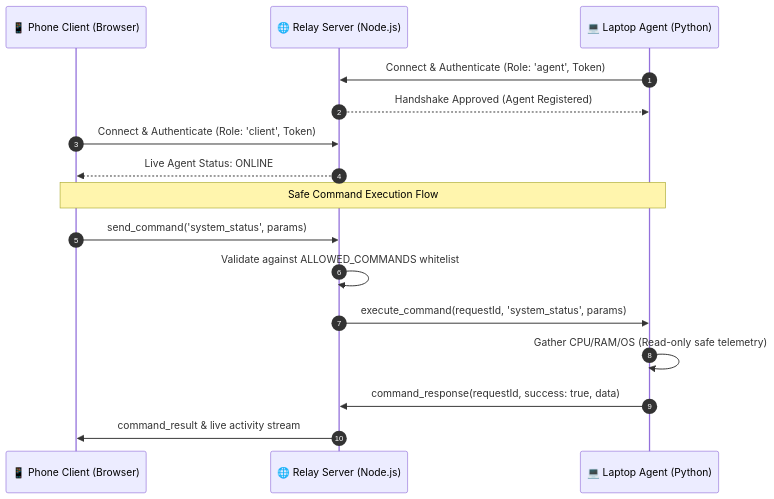
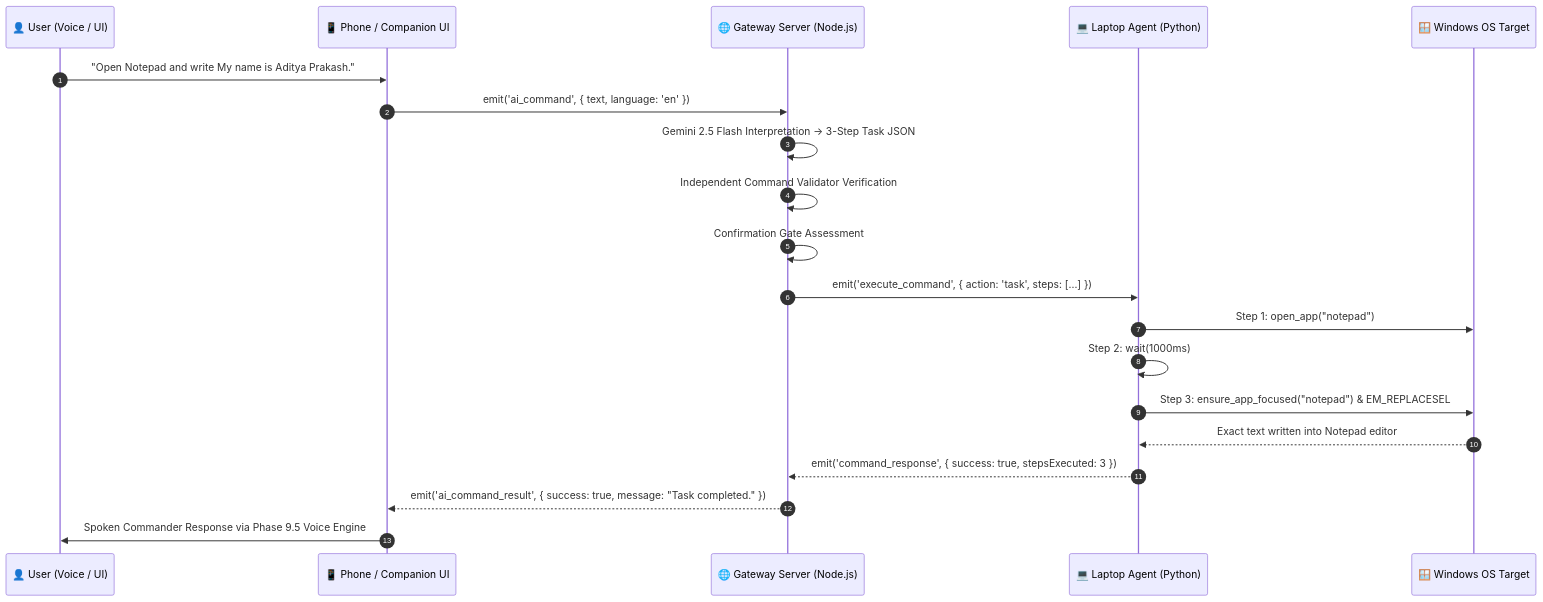
Before and after one commit to ADITYA-dev-hue/Jarvis-Blake-: the diagram in README.md, drawn with Mermaid. The commit also changed other lines of this file and 6 other files, not shown here.

````diff
--- a/README.md
+++ b/README.md
@@ -41,20 +53,23 @@
 ```mermaid
 sequenceDiagram
     autonumber
-    participant Phone as 📱 Phone Client (Browser)
-    participant Server as 🌐 Relay Server (Node.js)
+    participant User as 👤 User (Voice / UI)
+    participant Phone as 📱 Phone / Companion UI
+    participant Server as 🌐 Gateway Server (Node.js)
     participant Agent as 💻 Laptop Agent (Python)
+    participant Windows as 🪟 Windows OS Target
 
-    Agent->>Server: Connect & Authenticate (Role: 'agent', Token)
-    Server-->>Agent: Handshake Approved (Agent Registered)
-    Phone->>Server: Connect & Authenticate (Role: 'client', Token)
-    Server-->>Phone: Live Agent Status: ONLINE
-
-    Note over Phone,Agent: Safe Command Execution Flow
-    Phone->>Server: send_command('system_status', params)
-    Server->>Server: Validate against ALLOWED_COMMANDS whitelist
-    Server->>Agent: execute_command(requestId, 'system_status', params)
-    Agent->>Agent: Gather CPU/RAM/OS (Read-only safe telemetry)
-    Agent->>Server: command_response(requestId, success: true, data)
-    Server->>Phone: command_result & live activity stream
+    User->>Phone: "Open Notepad and write My name is Aditya Prakash."
+    Phone->>Server: emit('ai_command', { text, language: 'en' })
+    Server->>Server: Gemini 2.5 Flash Interpretation -> 3-Step Task JSON
+    Server->>Server: Independent Command Validator Verification
+    Server->>Server: Confirmation Gate Assessment
+    Server->>Agent: emit('execute_command', { action: 'task', steps: [...] })
+    Agent->>Windows: Step 1: open_app("notepad")
+    Agent->>Agent: Step 2: wait(1000ms)
+    Agent->>Windows: Step 3: ensure_app_focused("notepad") & EM_REPLACESEL
+    Windows-->>Agent: Exact text written into Notepad editor
+    Agent-->>Server: emit('command_response', { success: true, stepsExecuted: 3 })
+    Server-->>Phone: emit('ai_command_result', { success: true, message: "Task completed." })
+    Phone->>User: Spoken Commander Response via Phase 9.5 Voice Engine
 ```
````
